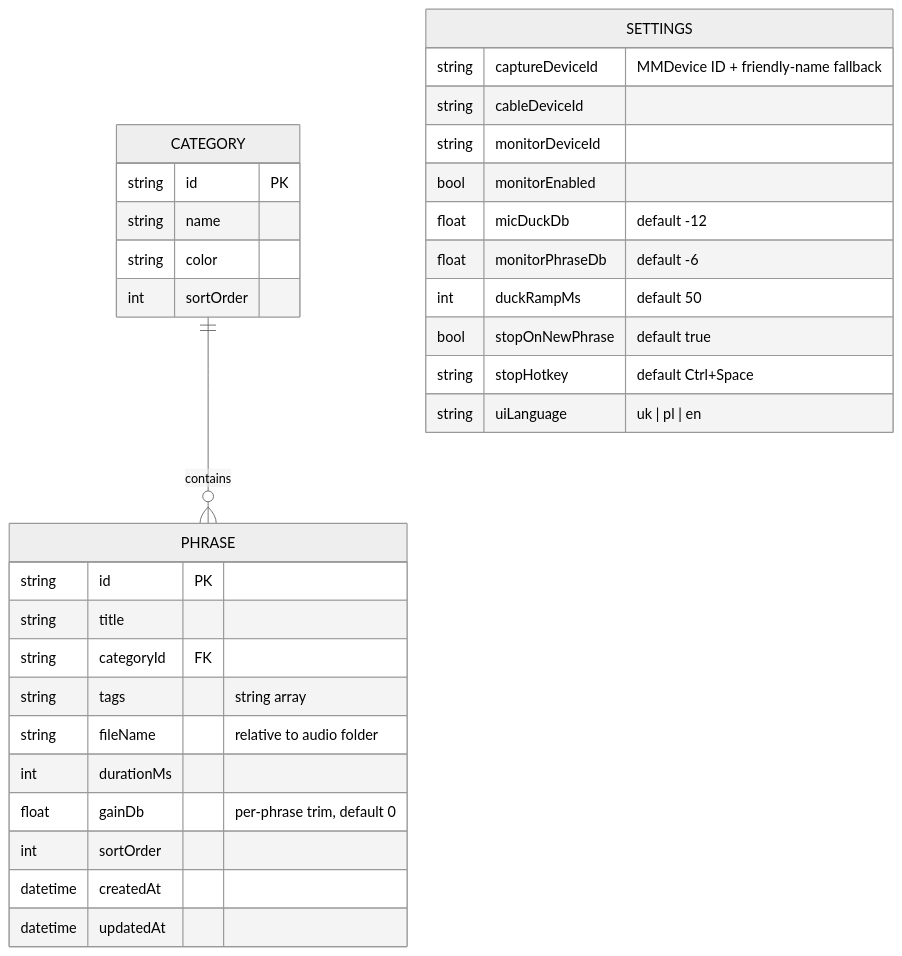
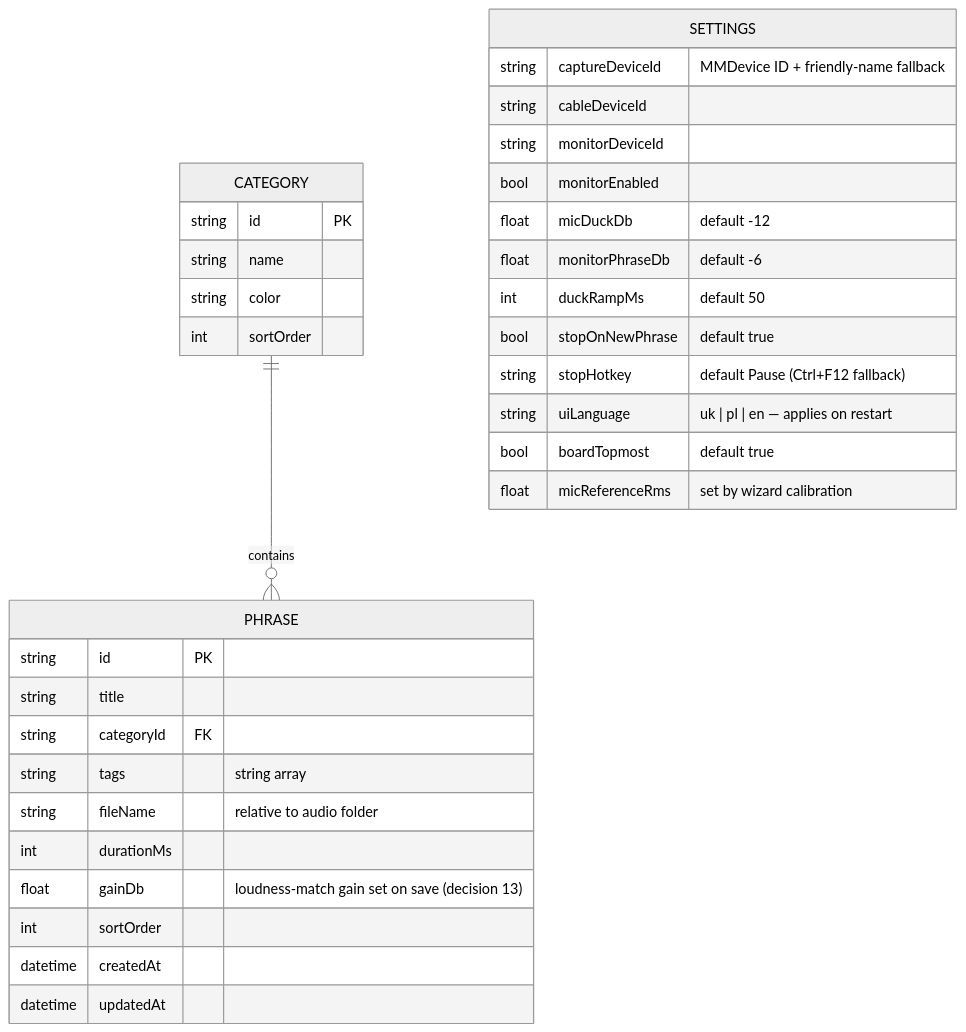
Before and after one commit to olehserv/ada-voice: the diagram in docs/design/04-data-storage.md, drawn with Mermaid (neutral theme). The commit also changed other lines of this file and 9 other files, not shown here.

````diff
--- a/docs/design/04-data-storage.md
+++ b/docs/design/04-data-storage.md
@@ -5,34 +5,36 @@
 ```mermaid
 erDiagram
     CATEGORY ||--o{ PHRASE : contains
     CATEGORY {
         string id PK
         string name
         string color
         int sortOrder
     }
     PHRASE {
         string id PK
         string title
         string categoryId FK
         string tags "string array"
         string fileName "relative to audio folder"
         int durationMs
-        float gainDb "per-phrase trim, default 0"
+        float gainDb "loudness-match gain set on save (decision 13)"
         int sortOrder
         datetime createdAt
         datetime updatedAt
     }
     SETTINGS {
         string captureDeviceId "MMDevice ID + friendly-name fallback"
         string cableDeviceId
         string monitorDeviceId
         bool monitorEnabled
         float micDuckDb "default -12"
         float monitorPhraseDb "default -6"
         int duckRampMs "default 50"
         bool stopOnNewPhrase "default true"
-        string stopHotkey "default Ctrl+Space"
-        string uiLanguage "uk | pl | en"
+        string stopHotkey "default Pause (Ctrl+F12 fallback)"
+        string uiLanguage "uk | pl | en — applies on restart"
+        bool boardTopmost "default true"
+        float micReferenceRms "set by wizard calibration"
     }
 ```
````
